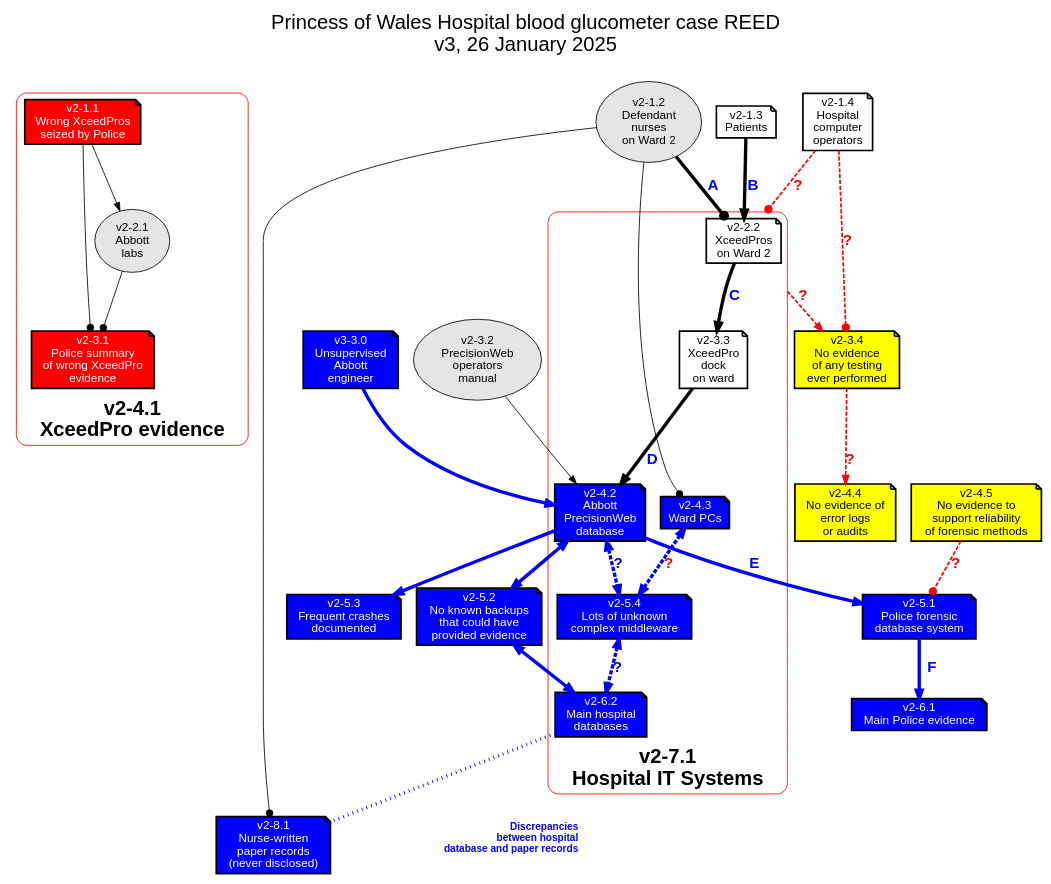
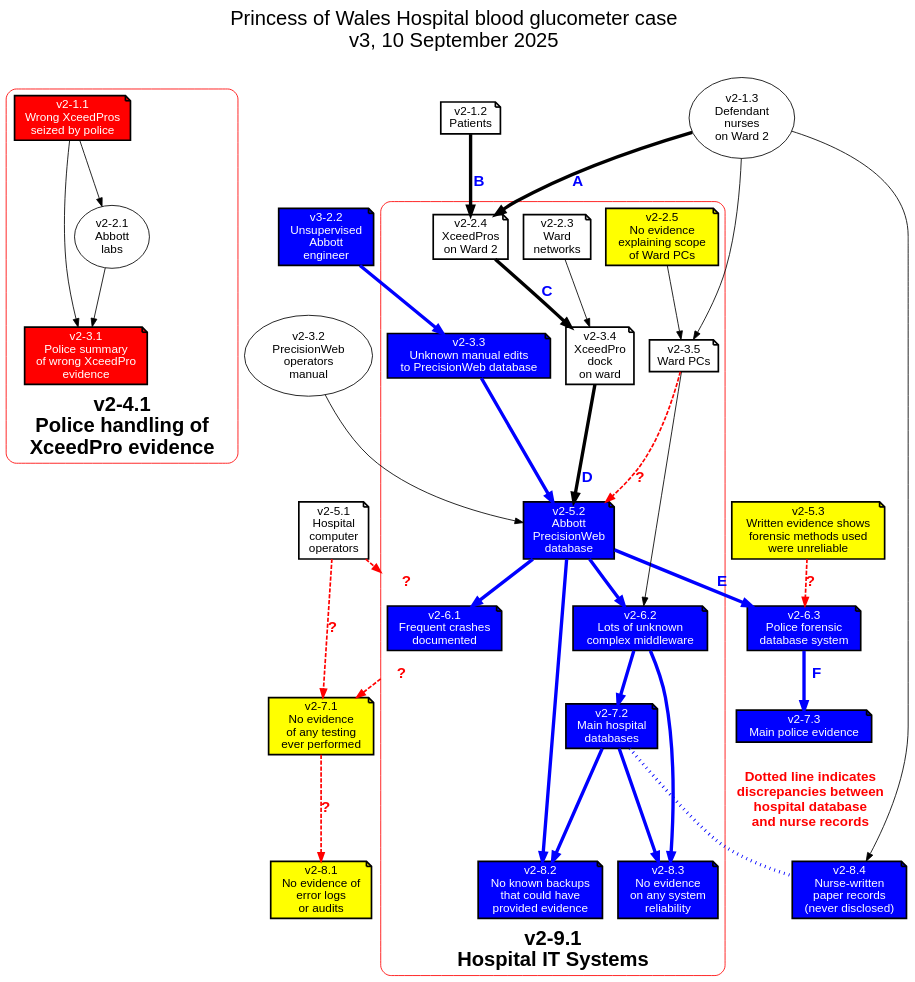
Before and after one commit to haroldthimbleby/REED: the diagram in lib/pow-reed.gv, drawn with Graphviz. The commit also changed 39 other files, not shown here.

```diff
--- a/lib/pow-reed.gv
+++ b/lib/pow-reed.gv
@@ -1,68 +1,82 @@
 digraph {
   compound=true;
+  bgcolor="transparent";
   color=red;
   labelloc=t;
   fontname="Helvetica";
   fontsize=24;
-  label="Princess of Wales Hospital blood glucometer case REED
-v3, 26 January 2025
+  graph [fontname=Helvetica];
+node [fontname=Helvetica];
+edge [fontname=Helvetica];
+label="Princess of Wales Hospital blood glucometer case
+v3, 10 September 2025
  ";
   rankdir="";
 
 subgraph "clusterxceedpro" {
-   "18"; "17"; "16"; fontname="Helvetica-Bold"; fontcolor=black; labelloc=b;  style="rounded"; label="v2-4.1\nXceedPro evidence";
+   "18"; "17"; "16"; fontname="Helvetica-Bold"; fontcolor=black; labelloc=b;  style="rounded"; URL="#xceedpro"; label="v2-4.1\nPolice handling of\nXceedPro evidence";
 };
 
 subgraph "clusterhospital" {
-   "9"; "8"; "7"; "6"; "5"; "4"; fontname="Helvetica-Bold"; fontcolor=black; labelloc=b;  style="rounded"; label="v2-7.1\nHospital IT Systems";
+   "unknowndatabaselogs"; "unknownEdits"; "networks"; "backups"; "9"; "8"; "7"; "6unknown"; "6"; "5"; "4"; "10"; fontname="Helvetica-Bold"; fontcolor=black; labelloc=b;  style="rounded"; URL="#hospital"; label="v2-9.1\nHospital IT Systems";
 };
 
-  "manual" [fillcolor="gray90"; style=filled; shape=ellipse; fontname="Helvetica"; label="v2-3.2\nPrecisionWeb\noperators\nmanual";];
-  "forensicProblems" [fillcolor="gray90"; style=filled; shape=ellipse; fontname="Helvetica"; label="v2-4.5\nNo evidence to\nsupport reliability\nof forensic methods";fillcolor=yellow; style=filled; penwidth=2; shape=note; ];
-  "backups" [fillcolor="gray90"; style=filled; shape=ellipse; fontname="Helvetica"; label="v2-5.2\nNo known backups\nthat could have\n provided evidence";fillcolor=blue; style=filled; penwidth=2; shape=note; fontcolor=white;];
-  "Abbott_engineer" [fillcolor="gray90"; style=filled; shape=ellipse; fontname="Helvetica"; label="v3-3.0\nUnsupervised\nAbbott\nengineer";fillcolor=blue; style=filled; penwidth=2; shape=note; fontcolor=white;];
-  "9" [fillcolor="gray90"; style=filled; shape=ellipse; fontname="Helvetica"; label="v2-6.2\nMain hospital\ndatabases";fillcolor=blue; style=filled; penwidth=2; shape=note; fontcolor=white;];
-  "8" [fillcolor="gray90"; style=filled; shape=ellipse; fontname="Helvetica"; label="v2-5.4\nLots of unknown\ncomplex middleware";fillcolor=blue; style=filled; penwidth=2; shape=note; fontcolor=white;];
-  "7" [fillcolor="gray90"; style=filled; shape=ellipse; fontname="Helvetica"; label="v2-4.2\nAbbott\nPrecisionWeb\ndatabase";fillcolor=blue; style=filled; penwidth=2; shape=note; fontcolor=white;];
-  "6" [fillcolor="gray90"; style=filled; shape=ellipse; fontname="Helvetica"; label="v2-4.3\nWard PCs";fillcolor=blue; style=filled; penwidth=2; shape=note; fontcolor=white;];
-  "5" [fillcolor="gray90"; style=filled; shape=ellipse; fontname="Helvetica"; label="v2-3.3\nXceedPro\ndock\non ward";color=black;fillcolor=white; style=filled; penwidth=2; shape=note; ];
-  "4" [fillcolor="gray90"; style=filled; shape=ellipse; fontname="Helvetica"; label="v2-2.2\nXceedPros\non Ward 2";color=black;fillcolor=white; style=filled; penwidth=2; shape=note; ];
-  "3" [fillcolor="gray90"; style=filled; shape=ellipse; fontname="Helvetica"; label="v2-8.1\nNurse-written\npaper records\n(never disclosed)";fillcolor=blue; style=filled; penwidth=2; shape=note; fontcolor=white;];
-  "2" [fillcolor="gray90"; style=filled; shape=ellipse; fontname="Helvetica"; label="v2-1.3\nPatients";color=black;fillcolor=white; style=filled; penwidth=2; shape=note; ];
-  "18" [fillcolor="gray90"; style=filled; shape=ellipse; fontname="Helvetica"; label="v2-3.1\nPolice summary\nof wrong XceedPro\nevidence";fillcolor=red; style=filled; penwidth=2; shape=note; fontcolor=white;];
-  "17" [fillcolor="gray90"; style=filled; shape=ellipse; fontname="Helvetica"; label="v2-2.1\nAbbott\nlabs";];
-  "16" [fillcolor="gray90"; style=filled; shape=ellipse; fontname="Helvetica"; label="v2-1.1\nWrong XceedPros\nseized by Police";fillcolor=red; style=filled; penwidth=2; shape=note; fontcolor=white;];
-  "15" [fillcolor="gray90"; style=filled; shape=ellipse; fontname="Helvetica"; label="v2-4.4\nNo evidence of\nerror logs\nor audits";fillcolor=yellow; style=filled; penwidth=2; shape=note; ];
-  "14" [fillcolor="gray90"; style=filled; shape=ellipse; fontname="Helvetica"; label="v2-3.4\nNo evidence\nof any testing\never performed";fillcolor=yellow; style=filled; penwidth=2; shape=note; ];
-  "13" [fillcolor="gray90"; style=filled; shape=ellipse; fontname="Helvetica"; label="v2-1.4\nHospital\ncomputer\noperators";color=black;fillcolor=white; style=filled; penwidth=2; shape=note; ];
-  "12" [fillcolor="gray90"; style=filled; shape=ellipse; fontname="Helvetica"; label="v2-6.1\nMain Police evidence";fillcolor=blue; style=filled; penwidth=2; shape=note; fontcolor=white;];
-  "11" [fillcolor="gray90"; style=filled; shape=ellipse; fontname="Helvetica"; label="v2-5.1\nPolice forensic\ndatabase system";fillcolor=blue; style=filled; penwidth=2; shape=note; fontcolor=white;];
-  "10" [fillcolor="gray90"; style=filled; shape=ellipse; fontname="Helvetica"; label="v2-5.3\nFrequent crashes\ndocumented";fillcolor=blue; style=filled; penwidth=2; shape=note; fontcolor=white;];
-  "1" [fillcolor="gray90"; style=filled; shape=ellipse; fontname="Helvetica"; label="v2-1.2\nDefendant\nnurses\non Ward 2";];
+  "unknowndatabaselogs" [URL="#unknowndatabaselogs"; label="v2-8.3\nNo evidence\non any system\nreliability";fillcolor=blue; style=filled; penwidth=2; shape=note; fontcolor="white";];
+  "unknownEdits" [URL="#unknownEdits"; label="v2-3.3\nUnknown manual edits\nto PrecisionWeb database";fillcolor=blue; style=filled; penwidth=2; shape=note; fontcolor="white";];
+  "networks" [URL="#networks"; label="v2-2.3\nWard\nnetworks";color=black;fillcolor=white; style=filled; penwidth=2; shape=note; ];
+  "manual" [URL="#manual"; label="v2-3.2\nPrecisionWeb\noperators\nmanual";];
+  "forensicProblems" [URL="#forensicProblems"; label="v2-5.3\nWritten evidence shows\nforensic methods used\nwere unreliable";fillcolor=yellow; style=filled; penwidth=2; shape=note; ];
+  "backups" [URL="#backups"; label="v2-8.2\nNo known backups\nthat could have\nprovided evidence";fillcolor=blue; style=filled; penwidth=2; shape=note; fontcolor="white";];
+  "Abbott_engineer" [URL="#Abbott_engineer"; label="v3-2.2\nUnsupervised\nAbbott\nengineer";fillcolor=blue; style=filled; penwidth=2; shape=note; fontcolor="white";];
+  "9" [URL="#9"; label="v2-7.2\nMain hospital\ndatabases";fillcolor=blue; style=filled; penwidth=2; shape=note; fontcolor="white";];
+  "8" [URL="#8"; label="v2-6.2\nLots of unknown\ncomplex middleware";fillcolor=blue; style=filled; penwidth=2; shape=note; fontcolor="white";];
+  "7" [URL="#7"; label="v2-5.2\nAbbott\nPrecisionWeb\ndatabase";fillcolor=blue; style=filled; penwidth=2; shape=note; fontcolor="white";];
+  "6unknown" [URL="#6unknown"; label="v2-2.5\nNo evidence\nexplaining scope\nof Ward PCs";fillcolor=yellow; style=filled; penwidth=2; shape=note; ];
+  "6" [URL="#6"; label="v2-3.5\nWard PCs";color=black;fillcolor=white; style=filled; penwidth=2; shape=note; ];
+  "5" [URL="#5"; label="v2-3.4\nXceedPro\ndock\non ward";color=black;fillcolor=white; style=filled; penwidth=2; shape=note; ];
+  "4" [URL="#4"; label="v2-2.4\nXceedPros\non Ward 2";color=black;fillcolor=white; style=filled; penwidth=2; shape=note; ];
+  "3" [URL="#3"; label="v2-8.4\nNurse-written\npaper records\n(never disclosed)";fillcolor=blue; style=filled; penwidth=2; shape=note; fontcolor="white";];
+  "2" [URL="#2"; label="v2-1.2\nPatients";color=black;fillcolor=white; style=filled; penwidth=2; shape=note; ];
+  "18" [URL="#18"; label="v2-3.1\nPolice summary\nof wrong XceedPro\nevidence";fillcolor=red; style=filled; penwidth=2; shape=note; fontcolor="white";];
+  "17" [URL="#17"; label="v2-2.1\nAbbott\nlabs";];
+  "16" [URL="#16"; label="v2-1.1\nWrong XceedPros\nseized by police";fillcolor=red; style=filled; penwidth=2; shape=note; fontcolor="white";];
+  "15" [URL="#15"; label="v2-8.1\nNo evidence of\nerror logs\nor audits";fillcolor=yellow; style=filled; penwidth=2; shape=note; ];
+  "14" [URL="#14"; label="v2-7.1\nNo evidence\nof any testing\never performed";fillcolor=yellow; style=filled; penwidth=2; shape=note; ];
+  "13" [URL="#13"; label="v2-5.1\nHospital\ncomputer\noperators";color=black;fillcolor=white; style=filled; penwidth=2; shape=note; ];
+  "12" [URL="#12"; label="v2-7.3\nMain police evidence";fillcolor=blue; style=filled; penwidth=2; shape=note; fontcolor="white";];
+  "11" [URL="#11"; label="v2-6.3\nPolice forensic\ndatabase system";fillcolor=blue; style=filled; penwidth=2; shape=note; fontcolor="white";];
+  "10" [URL="#10"; label="v2-6.1\nFrequent crashes\ndocumented";fillcolor=blue; style=filled; penwidth=2; shape=note; fontcolor="white";];
+  "1" [URL="#1"; label="v2-1.3\nDefendant\nnurses\non Ward 2";];
 
-  "Abbott_engineer"->"7" [color=blue;penwidth=4;];
-  "forensicProblems"->"11" [label="?",fontname="Helvetica-Bold",fontcolor=red,fontsize=18; color=red; penwidth=2; style=dashed; arrowhead=dot; ];
+  "Abbott_engineer"->"unknownEdits" [color=blue;penwidth=4;];
+  "forensicProblems"->"11" [label="?",fontname="Helvetica-Bold",fontcolor=red,fontsize=18; color=red; penwidth=2; style=dashed; ];
   "manual"->"7";
-  "backups"->"9" [dir=both;color=blue;penwidth=4;];
-  "7"->"backups" [dir=both;color=blue;penwidth=4;];
-  "9"->"3" [headlabel="                      Discrepancies\r                      between hospital\r                       database and paper records\r"; arrowhead=none; arrowtail=none; penwidth=4; color=blue; style=dotted; fontcolor=blue; fontsize=12; fontname="Helvetica-Bold"; dir=both;color=blue;penwidth=4;];
-  "8"->"9" [label="?",fontname="Helvetica-Bold",fontcolor=blue,fontsize=18; penwidth=2; style=dashed; dir=both;color=blue;penwidth=4;];
-  "7"->"8" [label="?",fontname="Helvetica-Bold",fontcolor=blue,fontsize=18; penwidth=2; style=dashed; dir=both;label="?";color=blue;penwidth=4;];
+  "unknownEdits"->"7" [color=blue;penwidth=4;];
+  "6"->"7" [label="?",fontname="Helvetica-Bold",fontcolor=red, fontsize=18; color=red; penwidth=2; style=dashed; ];
+  "8"->"unknowndatabaselogs" [color=blue;penwidth=4;];
+  "9"->"unknowndatabaselogs" [color=blue;penwidth=4;];
+  "6unknown"->"6";
+  "networks"->"5";
+  "9"->"backups" [color=blue;penwidth=4;];
+  "7"->"backups" [color=blue;penwidth=4;];
+  "9"->"3" [label="Dotted line indicates\ndiscrepancies between\nhospital database\nand nurse records\n\n"; arrowhead=none; arrowtail=none; penwidth=5; color=red; style=dotted; fontcolor=red; fontsize=16; fontname="Helvetica-Bold"; color=blue;penwidth=4;];
+  "8"->"9" [color=blue;penwidth=4;];
+  "7"->"8" [color=blue;penwidth=4;];
   "5"->"7" [fontname="Helvetica-Bold";fontcolor=blue;fontsize=18;penwidth=4; label=" D";];
   "4"->"5" [fontname="Helvetica-Bold";fontcolor=blue;fontsize=18;penwidth=4; label=" C";];
-  "17"->"18" [color=black; penwidth=1; arrowhead=dot; ];
+  "17"->"18" [color=black; penwidth=1; ];
   "16"->"17";
-  "16"->"18" [color=black; penwidth=1; arrowhead=dot; ];
-  "14"->"15" [label="?",fontname="Helvetica-Bold",fontcolor=red,fontsize=18; color=red; penwidth=2; style=dashed; ];
-  "4"->"14" [label="?",fontname="Helvetica-Bold",fontcolor=red,fontsize=18; color=red; penwidth=2; style=dashed; ltail="clusterhospital"];
-  "13"->"4" [lhead="clusterhospital"label="?",fontname="Helvetica-Bold",fontcolor=red,fontsize=18; color=red; penwidth=2; style=dashed; arrowhead=dot; ];
-  "13"->"14" [label="?",fontname="Helvetica-Bold",fontcolor=red,fontsize=18; color=red; penwidth=2; style=dashed; arrowhead=dot; ];
+  "16"->"18" [color=black; penwidth=1; ];
+  "14"->"15" [label="?",fontname="Helvetica-Bold",fontcolor=red, fontsize=18; color=red; penwidth=2; style=dashed; ];
+  "10"->"14" [label="?",fontname="Helvetica-Bold",fontcolor=red, fontsize=18; color=red; penwidth=2; style=dashed; ltail="clusterhospital"];
+  "13"->"10" [lhead="clusterhospital"label="?",fontname="Helvetica-Bold",fontcolor=red,fontsize=18; color=red; penwidth=2; style=dashed; ];
+  "13"->"14" [label="?",fontname="Helvetica-Bold",fontcolor=red,fontsize=18; color=red; penwidth=2; style=dashed; ];
   "11"->"12" [fontname="Helvetica-Bold";fontcolor=blue;fontsize=18;penwidth=4; label="  F";color=blue;penwidth=4;];
   "7"->"11" [fontname="Helvetica-Bold";fontcolor=blue;fontsize=18;penwidth=4; label=" E";color=blue;penwidth=4;];
   "7"->"10" [color=blue;penwidth=4;];
-  "6"->"8" [label="?",fontname="Helvetica-Bold",fontcolor=red,fontsize=18; color=red; penwidth=2; style=dashed; dir=both;color=blue;penwidth=4;];
-  "1"->"6" [color=black; penwidth=1; arrowhead=dot; ];
+  "6"->"8";
+  "1"->"6" [color=black; penwidth=1; ];
   "2"->"4" [label="  A",fontname="Helvetica-Bold",fontcolor=blue;fontsize=18;penwidth=4; label=" B";];
-  "1"->"4" [arrowhead=dot,fontname="Helvetica-Bold",fontcolor=blue;fontsize=18;penwidth=4; label=" A";];
-  "1"->"3" [color=black; penwidth=1; arrowhead=dot; ];
+  "1"->"4" [fontname="Helvetica-Bold",fontcolor=blue;fontsize=18;penwidth=4; label=" A";];
+  "1"->"3" [color=black; penwidth=1; ];
 }
```
